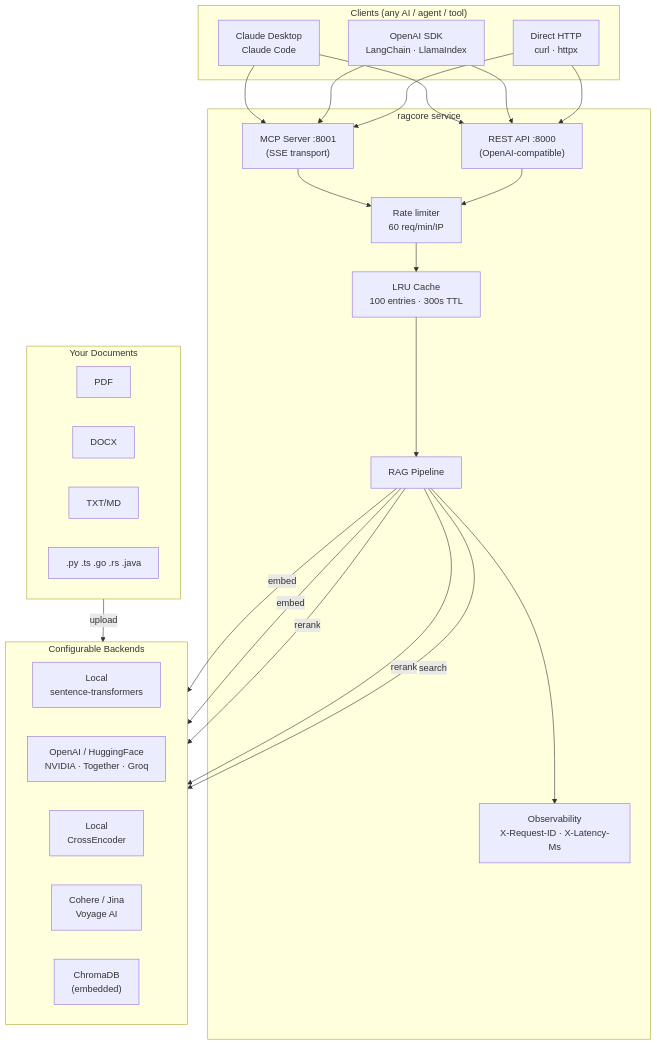
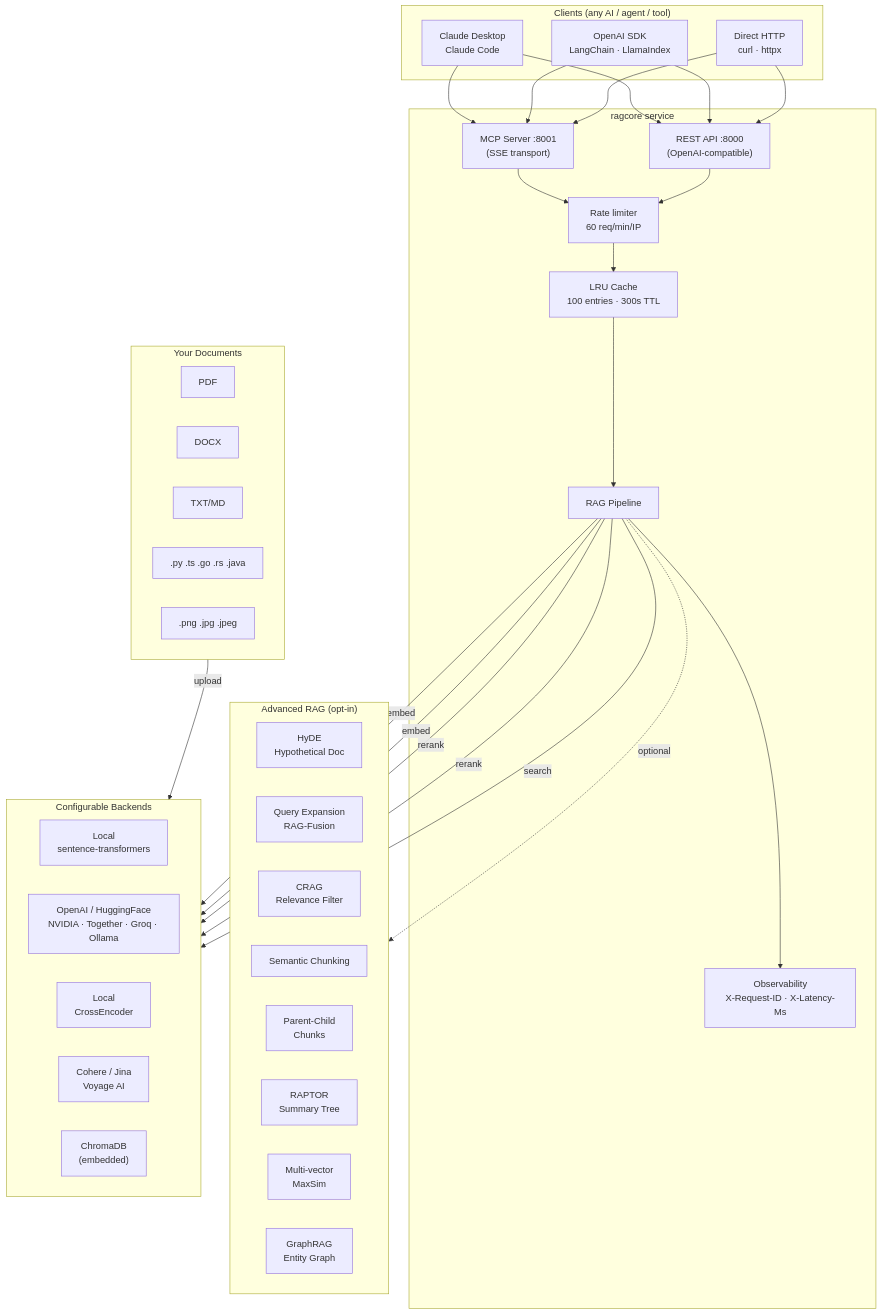
Before and after one commit to EfrainGaray/ragcore: the first of 4 diagrams in README.md, drawn with Mermaid. The commit also changed other lines of this file, not shown here.

First line of the commit message:
docs: update README with complete feature matrix — 12 RAG techniques, 142 tests

````diff
--- a/README.md
+++ b/README.md
@@ -33,38 +109,52 @@
 ```mermaid
 graph TB
     subgraph Clients["Clients (any AI / agent / tool)"]
         CC[Claude Desktop<br/>Claude Code]
         OAI[OpenAI SDK<br/>LangChain · LlamaIndex]
         HTTP[Direct HTTP<br/>curl · httpx]
     end
 
     subgraph ragcore["ragcore service"]
         MCP["MCP Server :8001<br/>(SSE transport)"]
         REST["REST API :8000<br/>(OpenAI-compatible)"]
         RL["Rate limiter<br/>60 req/min/IP"]
         CACHE["LRU Cache<br/>100 entries · 300s TTL"]
         PIPE["RAG Pipeline"]
         OBS["Observability<br/>X-Request-ID · X-Latency-Ms"]
     end
 
+    subgraph Advanced["Advanced RAG (opt-in)"]
+        direction LR
+        HYDE["HyDE<br/>Hypothetical Doc"]
+        QE["Query Expansion<br/>RAG-Fusion"]
+        CRAG["CRAG<br/>Relevance Filter"]
+        SC["Semantic Chunking"]
+        PC["Parent-Child<br/>Chunks"]
+        RAP["RAPTOR<br/>Summary Tree"]
+        MV["Multi-vector<br/>MaxSim"]
+        GR["GraphRAG<br/>Entity Graph"]
+    end
+
     subgraph Backends["Configurable Backends"]
         direction LR
         E_LOCAL["Local<br/>sentence-transformers"]
-        E_OAI["OpenAI / HuggingFace<br/>NVIDIA · Together · Groq"]
+        E_OAI["OpenAI / HuggingFace<br/>NVIDIA · Together · Groq · Ollama"]
         R_LOCAL["Local<br/>CrossEncoder"]
         R_COH["Cohere / Jina<br/>Voyage AI"]
         CHROMA["ChromaDB<br/>(embedded)"]
     end
 
     subgraph Docs["Your Documents"]
         PDF[PDF] & DOCX[DOCX] & TXT[TXT/MD]
         CODE[.py .ts .go .rs .java]
+        IMG[.png .jpg .jpeg]
     end
 
     CC & OAI & HTTP --> MCP & REST
     MCP & REST --> RL --> CACHE --> PIPE --> OBS
     PIPE -- embed --> E_LOCAL & E_OAI
     PIPE -- rerank --> R_LOCAL & R_COH
     PIPE -- search --> CHROMA
+    PIPE -.->|optional| Advanced
     Docs -- upload --> CHROMA
 ```
````
